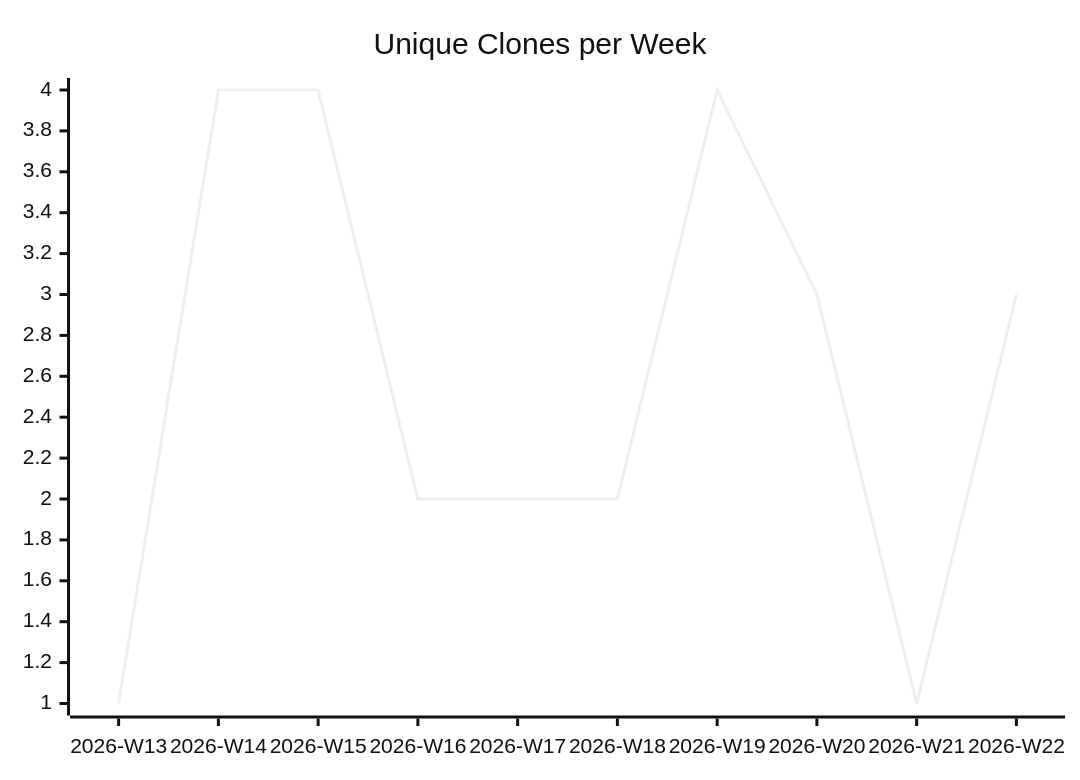
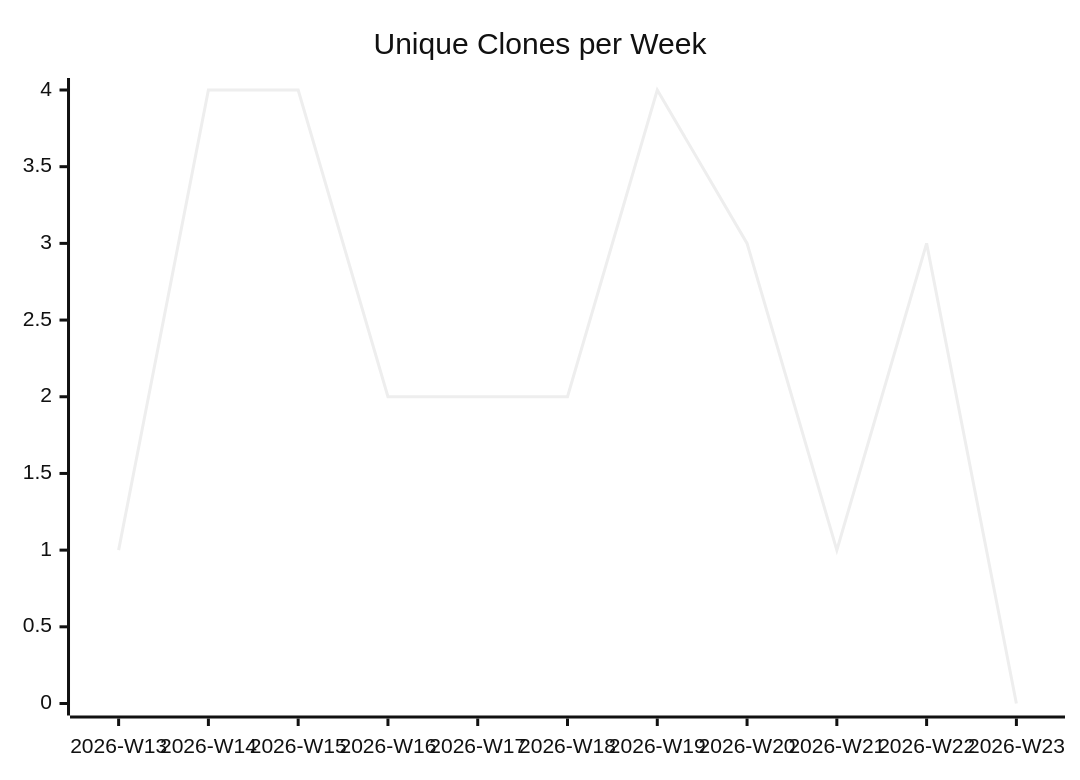
Before and after one commit to justdavis-family/github-analytics-data: the third of 3 diagrams in karlmdavis/justdavis-puppet/README.md, drawn with Mermaid (neutral theme). The commit also changed other lines of this file and 186 other files, not shown here.

````diff
--- a/karlmdavis/justdavis-puppet/README.md
+++ b/karlmdavis/justdavis-puppet/README.md
@@ -19,6 +19,6 @@
 ```mermaid
 xychart-beta
   title "Unique Clones per Week"
-  x-axis ["2026-W13", "2026-W14", "2026-W15", "2026-W16", "2026-W17", "2026-W18", "2026-W19", "2026-W20", "2026-W21", "2026-W22"]
-  line [1, 4, 4, 2, 2, 2, 4, 3, 1, 3]
+  x-axis ["2026-W13", "2026-W14", "2026-W15", "2026-W16", "2026-W17", "2026-W18", "2026-W19", "2026-W20", "2026-W21", "2026-W22", "2026-W23"]
+  line [1, 4, 4, 2, 2, 2, 4, 3, 1, 3, 0]
 ```
````
